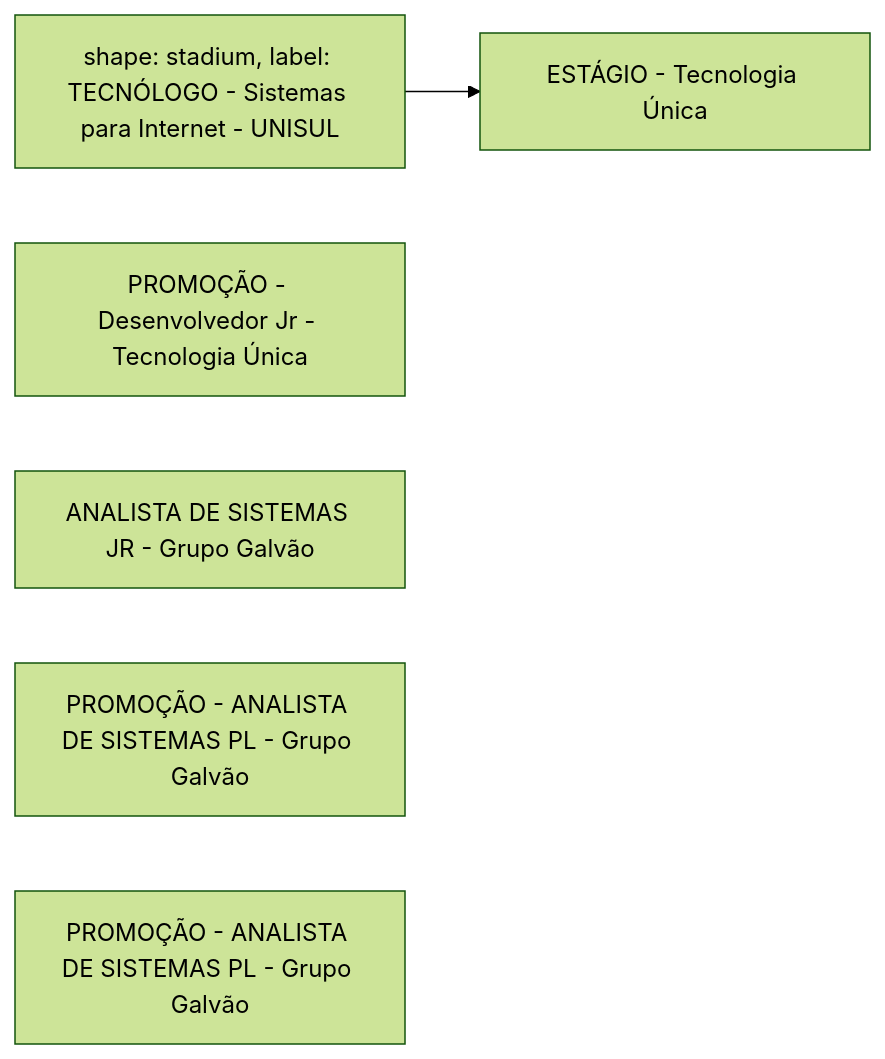
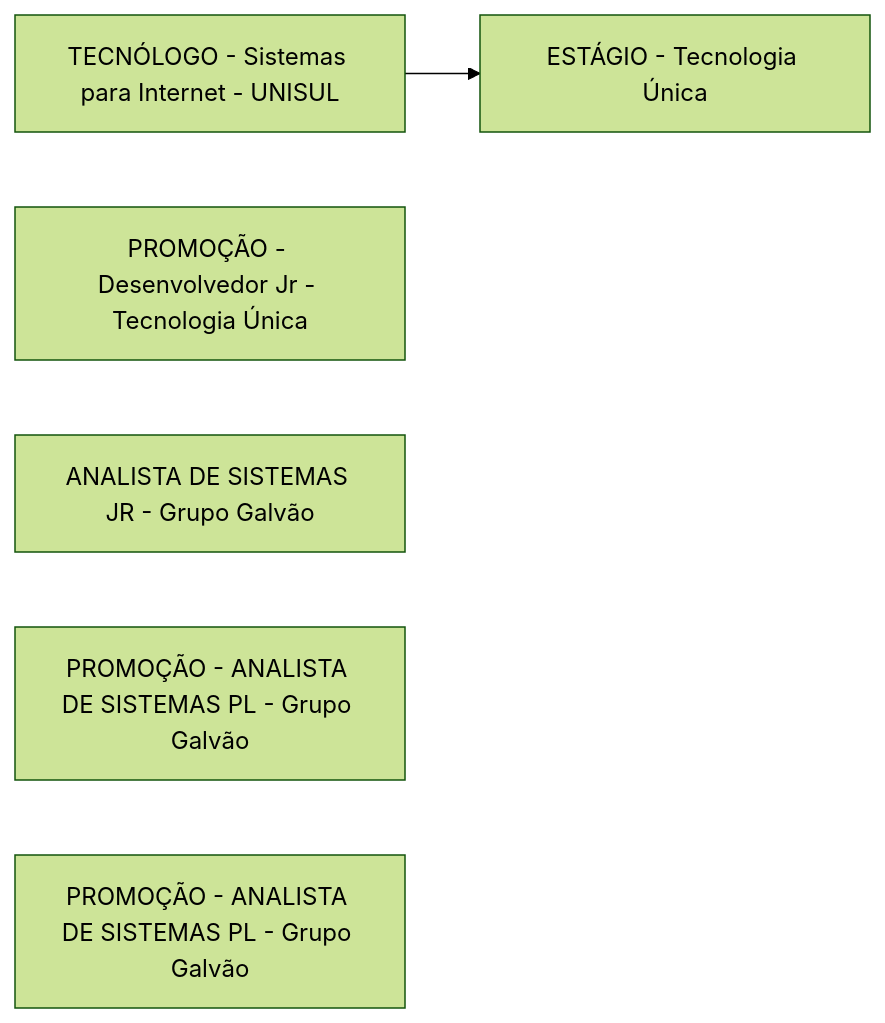
The diagram in Advanced-Business-Development-with-.NET/1º-Semestre/Aula-01-%2D-Introdução-e-Apresentação/Apresentação-do-Professor.md (rafsp/Graduacao_FIAP), drawn with Mermaid (forest theme) before and after one commit.

Commit message:
Updated Apresentação do Professor

```diff
--- a/Advanced-Business-Development-with-.NET/1º-Semestre/Aula-01-%2D-Introdução-e-Apresentação/Apresentação-do-Professor.md
+++ b/Advanced-Business-Development-with-.NET/1º-Semestre/Aula-01-%2D-Introdução-e-Apresentação/Apresentação-do-Professor.md
@@ -1,10 +1,10 @@
 ::: mermaid
 flowchart LR;
-a[ shape: stadium, label: TECNÓLOGO - Sistemas para Internet - UNISUL];
+a[TECNÓLOGO - Sistemas para Internet - UNISUL];
 b[ESTÁGIO - Tecnologia Única];
 c[PROMOÇÃO - Desenvolvedor Jr - Tecnologia Única];
 d[ANALISTA DE SISTEMAS JR - Grupo Galvão];
 e[PROMOÇÃO - ANALISTA DE SISTEMAS PL - Grupo Galvão];
 f[PROMOÇÃO - ANALISTA DE SISTEMAS PL - Grupo Galvão];
 a-->b;
 :::
```
